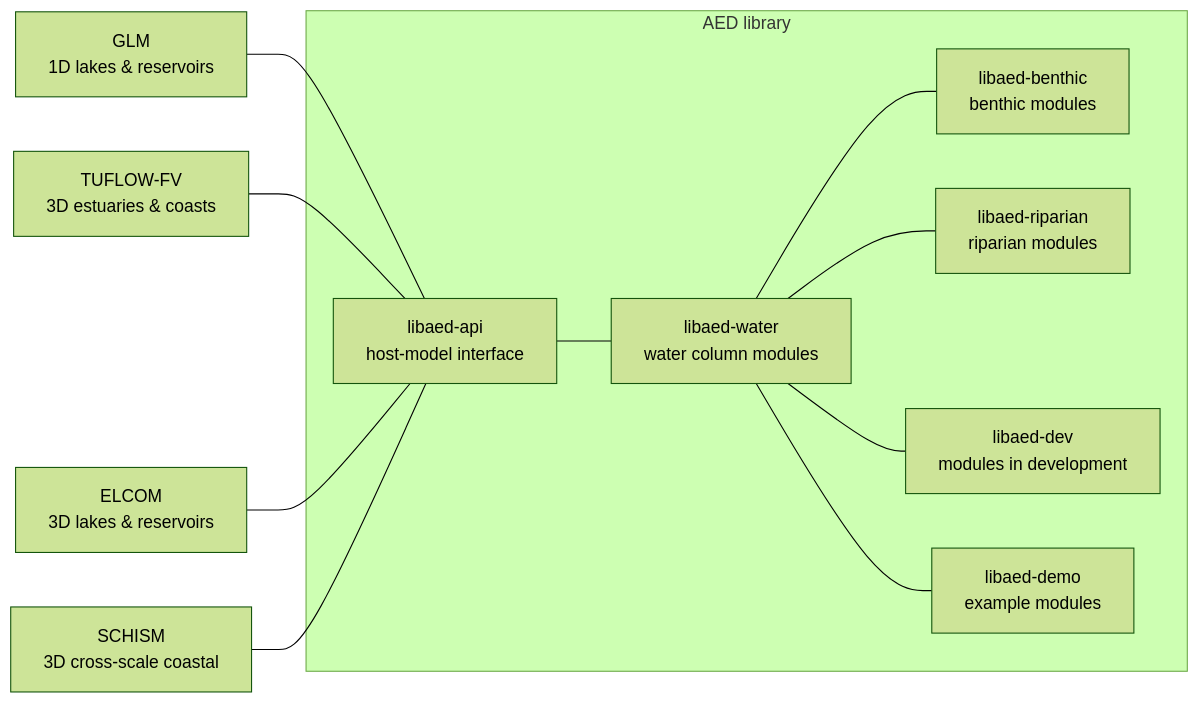
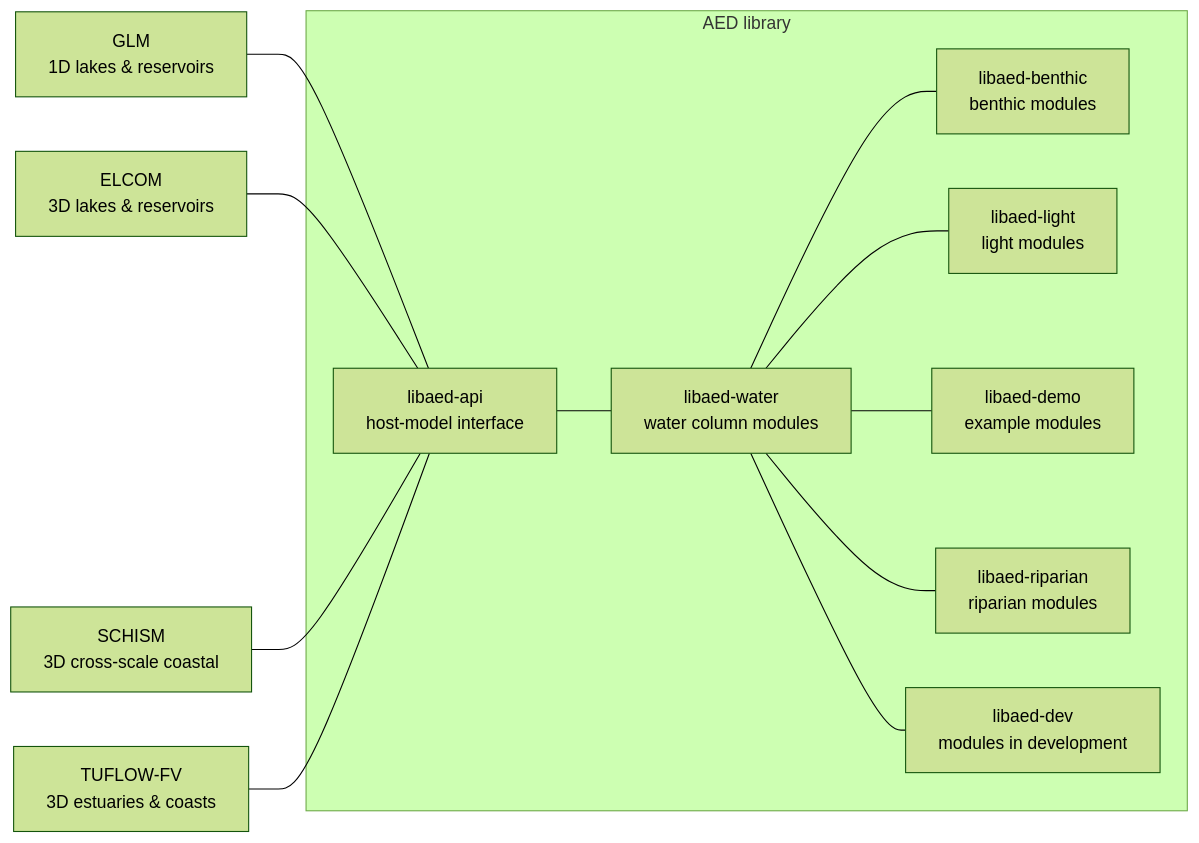
Before and after one commit to AquaticEcoDynamics/.github: the diagram in profile/README.md, drawn with Mermaid (forest theme).

Commit message:
Add light and demo tweak

````diff
--- a/profile/README.md
+++ b/profile/README.md
@@ -21,20 +21,22 @@
 ```mermaid
 flowchart LR
   subgraph AED["AED library"]
     A["libaed-api<br/>host-model interface"]
     W["libaed-water<br/>water column modules"]
     B["libaed-benthic<br/>benthic modules"]
+    L["libaed-light<br/>light modules"]
+    X["libaed-demo<br/>example modules"]
     R["libaed-riparian<br/>riparian modules"]
     D["libaed-dev<br/>modules in development"]
-    X["libaed-demo<br/>example modules"]
   end
   GLM["GLM<br/>1D lakes & reservoirs"] --- A
-  FV["TUFLOW-FV<br/>3D estuaries & coasts"] --- A
   ELCOM["ELCOM<br/>3D lakes & reservoirs"] --- A
   SCHISM["SCHISM<br/>3D cross-scale coastal"] --- A
+  FV["TUFLOW-FV<br/>3D estuaries & coasts"] --- A
   A --- W
   W --- B
+  W --- L
+  W --- X
   W --- R
   W --- D
-  W --- X
 ```
````
